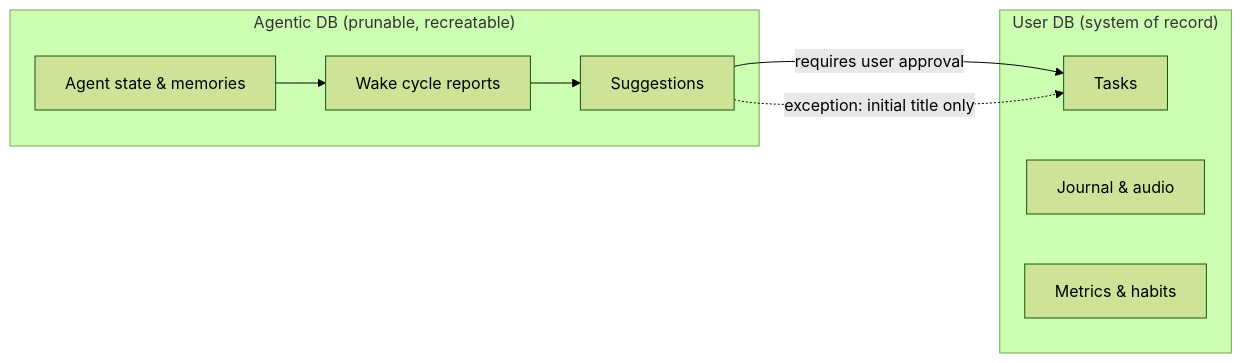
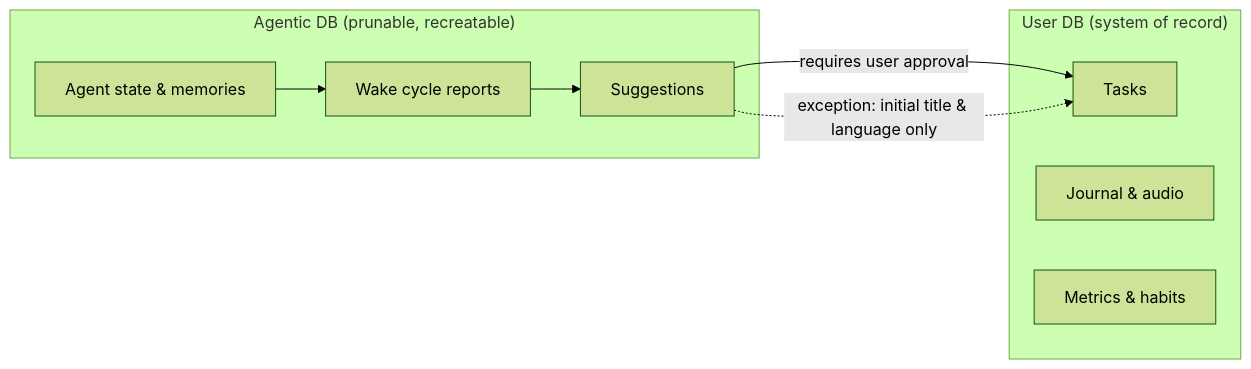
Before and after one commit to matthiasn/lotti: the diagram in README.md, drawn with Mermaid (forest theme). The commit also changed other lines of this file and 43 other files, not shown here.

````diff
--- a/README.md
+++ b/README.md
@@ -148,16 +148,16 @@
 ```mermaid
 flowchart LR
     subgraph Agentic["Agentic DB (prunable, recreatable)"]
         A[Agent state & memories]
         W[Wake cycle reports]
         S[Suggestions]
     end
     subgraph User["User DB (system of record)"]
         T[Tasks]
         J[Journal & audio]
         M[Metrics & habits]
     end
     A --> W --> S
     S -->|requires user approval| T
-    S -.->|exception: initial title only| T
+    S -.->|exception: initial title & language only| T
 ```
````
